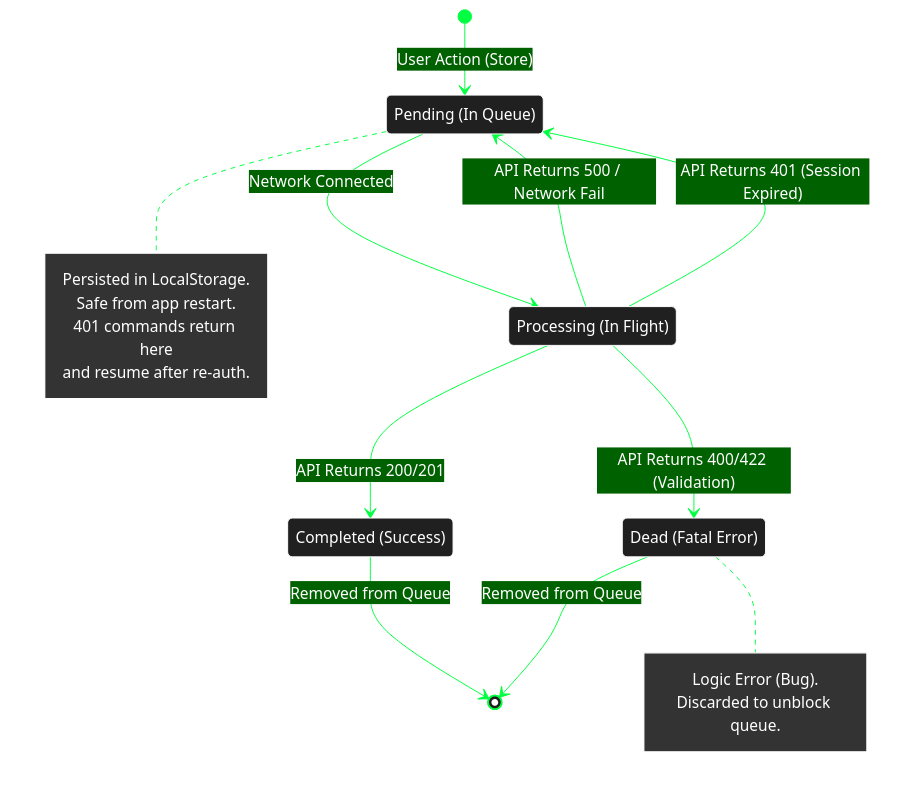
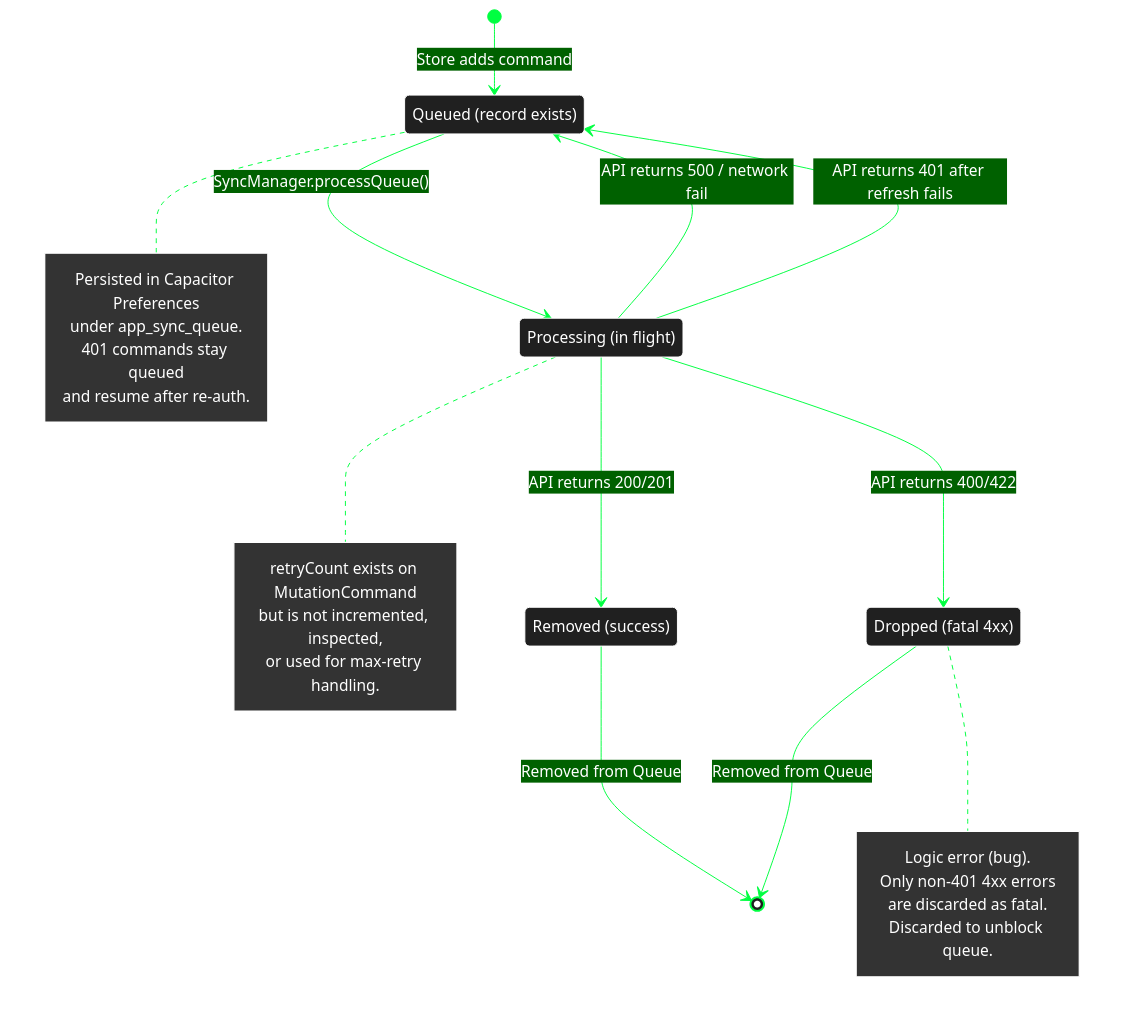
One commit to michaelgreenl/tally-tracker changed the diagram in docs/diagrams/lifecycle/mutation-command.md. Above: the diagram before and after it, drawn with Mermaid. The commit also changed other lines of this file and 6 other files, not shown here.

Commit message:
docs: align diagrams with implementation

````diff
--- a/docs/diagrams/lifecycle/mutation-command.md
+++ b/docs/diagrams/lifecycle/mutation-command.md
@@ -3,48 +5,56 @@
 ```mermaid
 %%{
   init: {
     'theme': 'base',
     'themeVariables': {
       'primaryColor': '#202020',
       'primaryTextColor': '#fff',
       'primaryBorderColor': '#ffffff',
       'lineColor': '#00ff41',
       'secondaryColor': '#006100',
       'tertiaryColor': '#fff',
       'noteBkgColor': '#333',
       'noteTextColor': '#fff',
       'noteBorderColor': '#fff'
     }
   }
 }%%
 
 stateDiagram-v2
-    [*] --> Pending: User Action (Store)
+    [*] --> Pending: Store adds command
 
-    state "Pending (In Queue)" as Pending
-    state "Processing (In Flight)" as Processing
-    state "Completed (Success)" as Completed
-    state "Dead (Fatal Error)" as Dead
+    state "Queued (record exists)" as Pending
+    state "Processing (in flight)" as Processing
+    state "Removed (success)" as Completed
+    state "Dropped (fatal 4xx)" as Dropped
 
-    Pending --> Processing: Network Connected
+    Pending --> Processing: SyncManager.processQueue()
 
-    Processing --> Completed: API Returns 200/201
-    Processing --> Pending: API Returns 500 / Network Fail
-    Processing --> Pending: API Returns 401 (Session Expired)
-    Processing --> Dead: API Returns 400/422 (Validation)
+    Processing --> Completed: API returns 200/201
+    Processing --> Pending: API returns 500 / network fail
+    Processing --> Pending: API returns 401 after refresh fails
+    Processing --> Dropped: API returns 400/422
 
     Completed --> [*]: Removed from Queue
-    Dead --> [*]: Removed from Queue
+    Dropped --> [*]: Removed from Queue
 
     note right of Pending
-        Persisted in LocalStorage.
-        Safe from app restart.
-        401 commands return here
+        Persisted in Capacitor Preferences
+        under app_sync_queue.
+        401 commands stay queued
         and resume after re-auth.
     end note
 
-    note right of Dead
-        Logic Error (Bug).
+    note right of Processing
+        retryCount exists on MutationCommand
+        but is not incremented, inspected,
+        or used for max-retry handling.
+    end note
+
+    note right of Dropped
+        Logic error (bug).
+        Only non-401 4xx errors
+        are discarded as fatal.
         Discarded to unblock queue.
     end note
 ```
````
